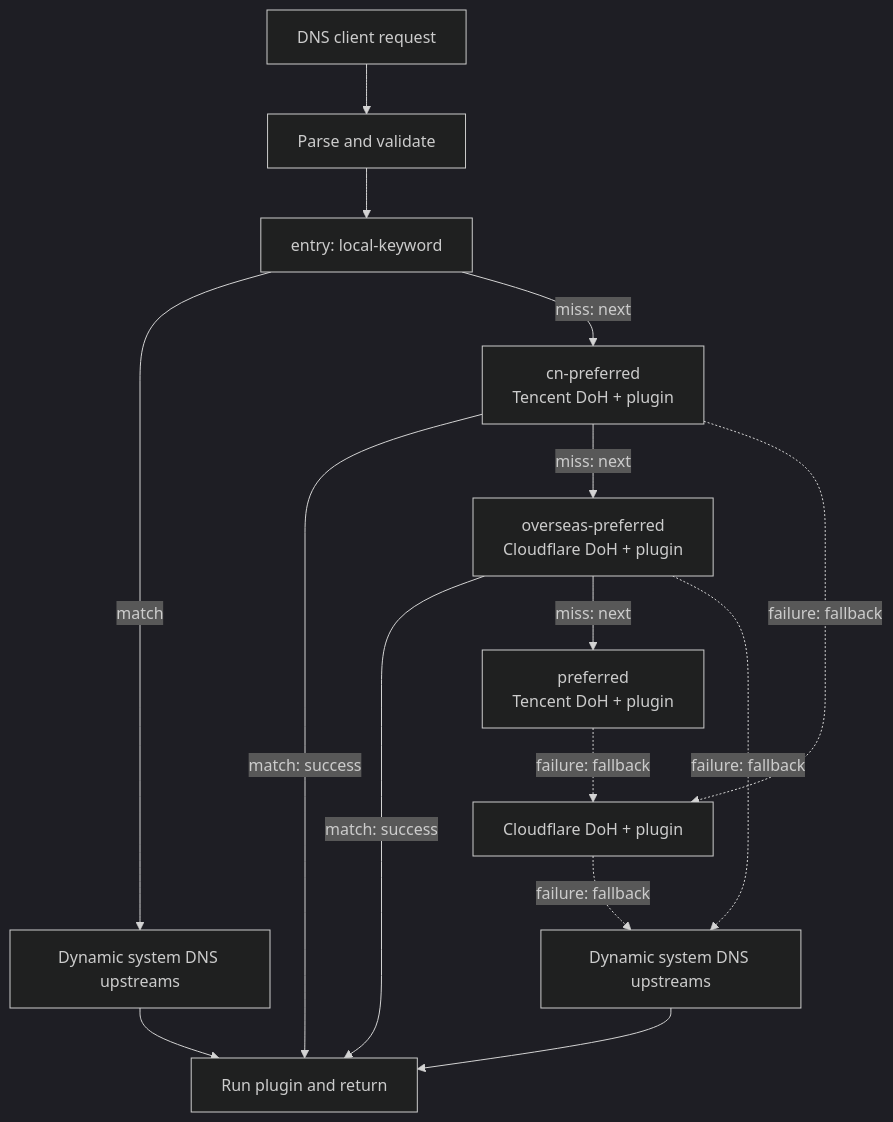
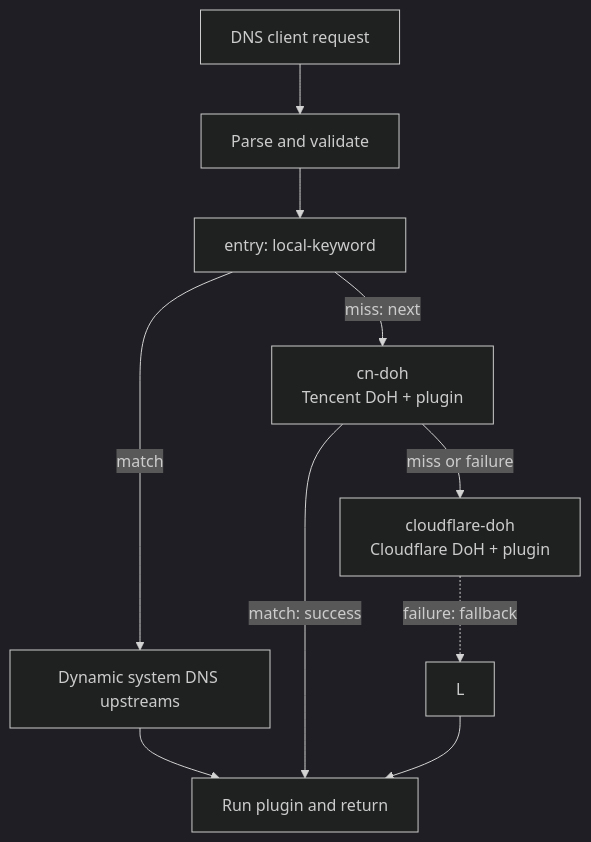
One commit to Fuxx-1/EdgeSteer changed the diagram in docs/en/architecture.md. Above: the diagram before and after it, drawn with Mermaid (dark theme). The commit also changed other lines of this file and 14 other files, not shown here.

````diff
--- a/docs/en/architecture.md
+++ b/docs/en/architecture.md
@@ -9,17 +9,12 @@
 ```mermaid
 flowchart TB
     C["DNS client request"] --> P["Parse and validate"]
     P --> E["entry: local-keyword"]
     E -->|"match"| K["Dynamic system DNS upstreams"]
-    E -->|"miss: next"| CN["cn-preferred<br/>Tencent DoH + plugin"]
+    E -->|"miss: next"| CN["cn-doh<br/>Tencent DoH + plugin"]
     CN -->|"match: success"| O["Run plugin and return"]
-    CN -->|"miss: next"| OS["overseas-preferred<br/>Cloudflare DoH + plugin"]
-    CN -. "failure: fallback" .-> D["Cloudflare DoH + plugin"]
-    OS -->|"match: success"| O
-    OS -->|"miss: next"| DF["preferred<br/>Tencent DoH + plugin"]
-    OS -. "failure: fallback" .-> L["Dynamic system DNS upstreams"]
-    DF -. "failure: fallback" .-> D
+    CN -->|"miss or failure"| D["cloudflare-doh<br/>Cloudflare DoH + plugin"]
     D -. "failure: fallback" .-> L
     K --> O
     L --> O
 ```
````
